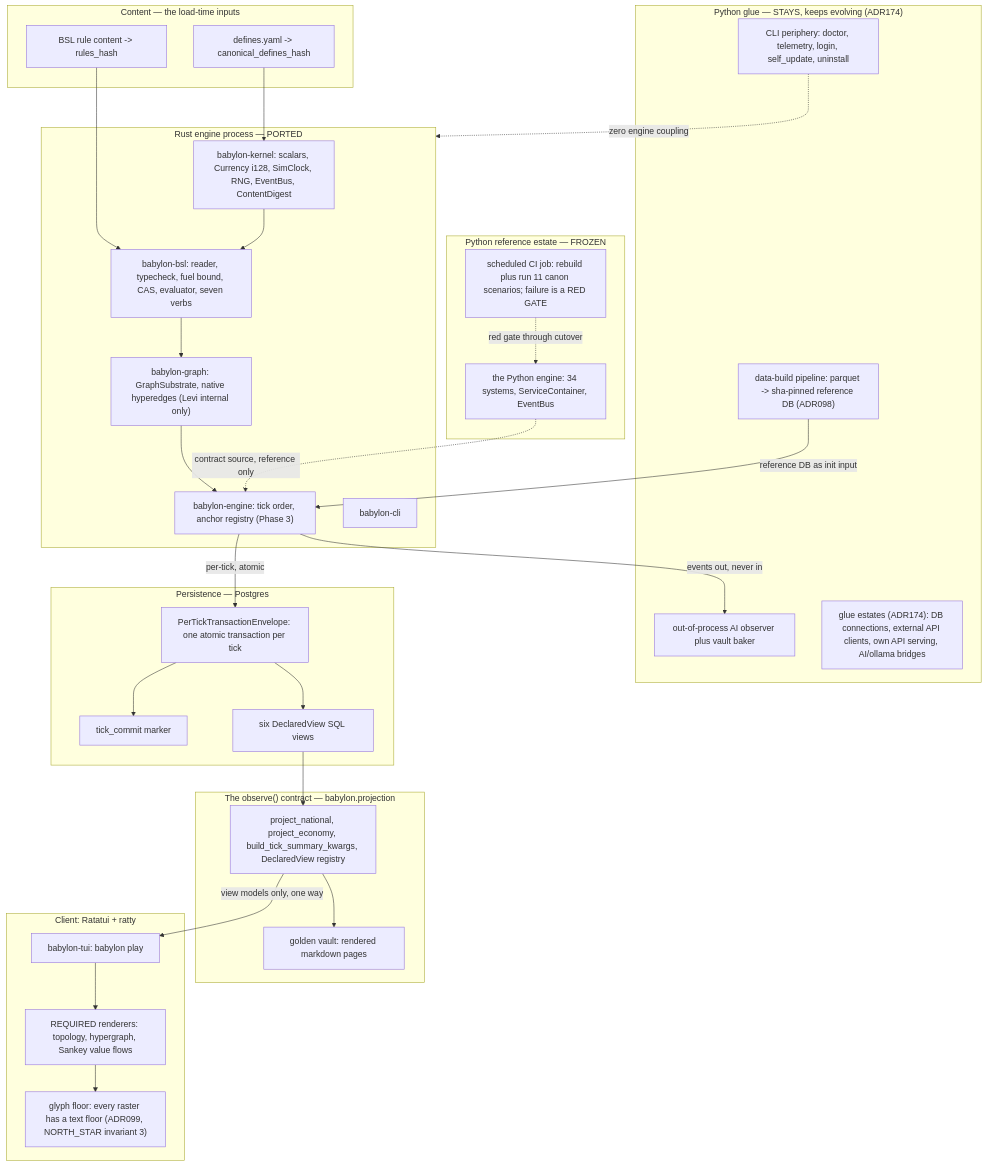
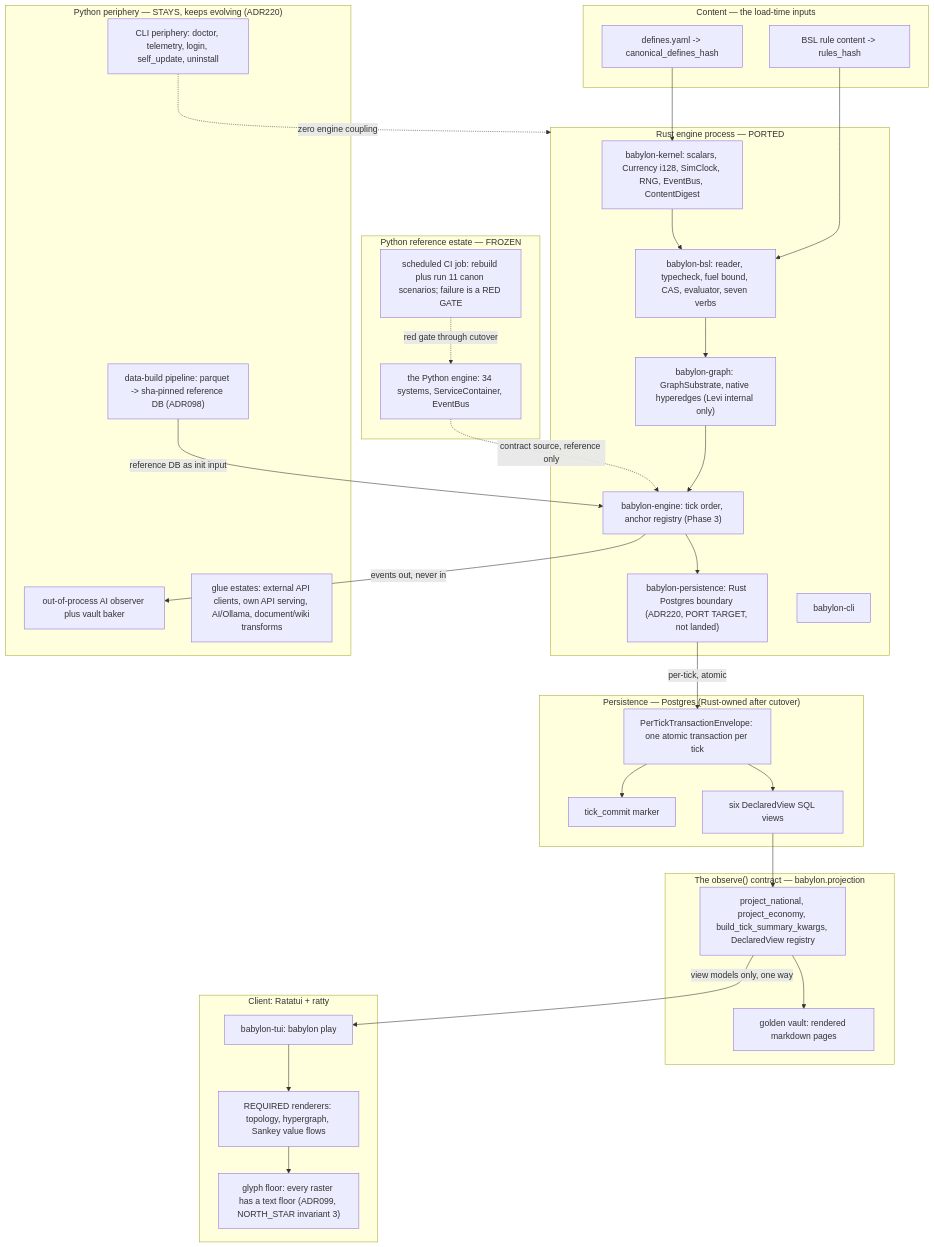
Before and after one commit to percy-raskova/babylon: the sixth of 6 diagrams in ai/bsl-architecture-standard.md, drawn with Mermaid. The commit also changed other lines of this file and 4 other files, not shown here.

First line of the commit message:
docs(architecture): ratify Rust Postgres boundary

````diff
--- a/ai/bsl-architecture-standard.md
+++ b/ai/bsl-architecture-standard.md
@@ -545,56 +549,57 @@
 ```mermaid
 flowchart TD
   subgraph RUST["Rust engine process — PORTED"]
     KRN["babylon-kernel: scalars, Currency i128, SimClock, RNG, EventBus, ContentDigest"]
     BSLC["babylon-bsl: reader, typecheck, fuel bound, CAS, evaluator, seven verbs"]
     GRF["babylon-graph: GraphSubstrate, native hyperedges (Levi internal only)"]
     ENGN["babylon-engine: tick order, anchor registry (Phase 3)"]
+    PGR["babylon-persistence: Rust Postgres boundary (ADR220, PORT TARGET, not landed)"]
     CLI2["babylon-cli"]
   end
 
   subgraph CONTENT["Content — the load-time inputs"]
     DEF["defines.yaml -> canonical_defines_hash"]
     RULES["BSL rule content -> rules_hash"]
   end
 
-  subgraph PY["Python glue — STAYS, keeps evolving (ADR174)"]
+  subgraph PY["Python periphery — STAYS, keeps evolving (ADR220)"]
     DB["data-build pipeline: parquet -> sha-pinned reference DB (ADR098)"]
     AIOBS["out-of-process AI observer plus vault baker"]
     CLIP["CLI periphery: doctor, telemetry, login, self_update, uninstall"]
-    GLUE["glue estates (ADR174): DB connections, external API clients, own API serving, AI/ollama bridges"]
+    GLUE["glue estates: external API clients, own API serving, AI/Ollama, document/wiki transforms"]
   end
 
   subgraph FRZ["Python reference estate — FROZEN"]
     PYENG["the Python engine: 34 systems, ServiceContainer, EventBus"]
     CIJOB["scheduled CI job: rebuild plus run 11 canon scenarios; failure is a RED GATE"]
   end
 
-  subgraph PG["Persistence — Postgres"]
+  subgraph PG["Persistence — Postgres (Rust-owned after cutover)"]
     ENV["PerTickTransactionEnvelope: one atomic transaction per tick"]
     COMMIT["tick_commit marker"]
     VIEWS["six DeclaredView SQL views"]
   end
 
   subgraph OBS["The observe() contract — babylon.projection"]
     PROJ["project_national, project_economy, build_tick_summary_kwargs, DeclaredView registry"]
     VAULT["golden vault: rendered markdown pages"]
   end
 
   subgraph CLIENT["Client: Ratatui + ratty"]
     TUI["babylon-tui: babylon play"]
     RENDER["REQUIRED renderers: topology, hypergraph, Sankey value flows"]
     GLYPH["glyph floor: every raster has a text floor (ADR099, NORTH_STAR invariant 3)"]
   end
 
   DEF --> KRN
   RULES --> BSLC
   KRN --> BSLC --> GRF --> ENGN
-  ENGN -->|"per-tick, atomic"| ENV --> COMMIT
+  ENGN --> PGR -->|"per-tick, atomic"| ENV --> COMMIT
   ENV --> VIEWS --> PROJ --> VAULT
   PROJ -->|"view models only, one way"| TUI --> RENDER --> GLYPH
   ENGN -->|"events out, never in"| AIOBS
   DB -->|"reference DB as init input"| ENGN
   CLIP -.->|"zero engine coupling"| RUST
   PYENG -.->|"contract source, reference only"| ENGN
   CIJOB -.->|"red gate through cutover"| PYENG
 ```
````
